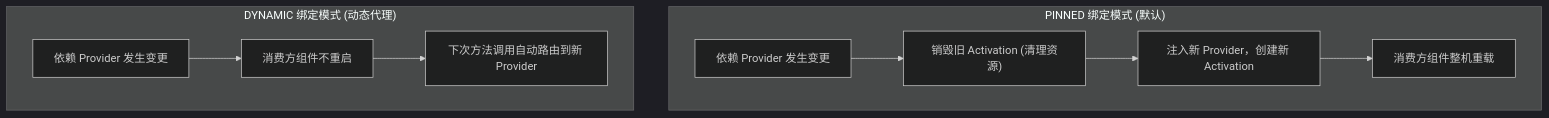
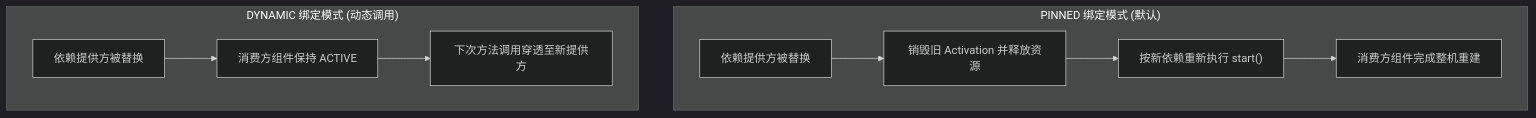
Before and after one commit to fjay/knotra: the second of 5 diagrams in docs/Knotra API 与集成指南.md, drawn with Mermaid (dark theme). The commit also changed other lines of this file and 7 other files, not shown here.

````diff
--- a/docs/Knotra API 与集成指南.md
+++ b/docs/Knotra API 与集成指南.md
@@ -112,13 +110,13 @@
 ```mermaid
 graph TD
     subgraph mode_pinned ["PINNED 绑定模式 (默认)"]
-        P1["依赖 Provider 发生变更"] --> P2["销毁旧 Activation (清理资源)"]
-        P2 --> P3["注入新 Provider，创建新 Activation"]
-        P3 --> P4["消费方组件整机重载"]
+        P1["依赖提供方被替换"] --> P2["销毁旧 Activation 并释放资源"]
+        P2 --> P3["按新依赖重新执行 start()"]
+        P3 --> P4["消费方组件完成整机重建"]
     end
 
-    subgraph mode_dynamic ["DYNAMIC 绑定模式 (动态代理)"]
-        D1["依赖 Provider 发生变更"] --> D2["消费方组件不重启"]
-        D2 --> D3["下次方法调用自动路由到新 Provider"]
+    subgraph mode_dynamic ["DYNAMIC 绑定模式 (动态调用)"]
+        D1["依赖提供方被替换"] --> D2["消费方组件保持 ACTIVE"]
+        D2 --> D3["下次方法调用穿透至新提供方"]
     end
 ```
````
